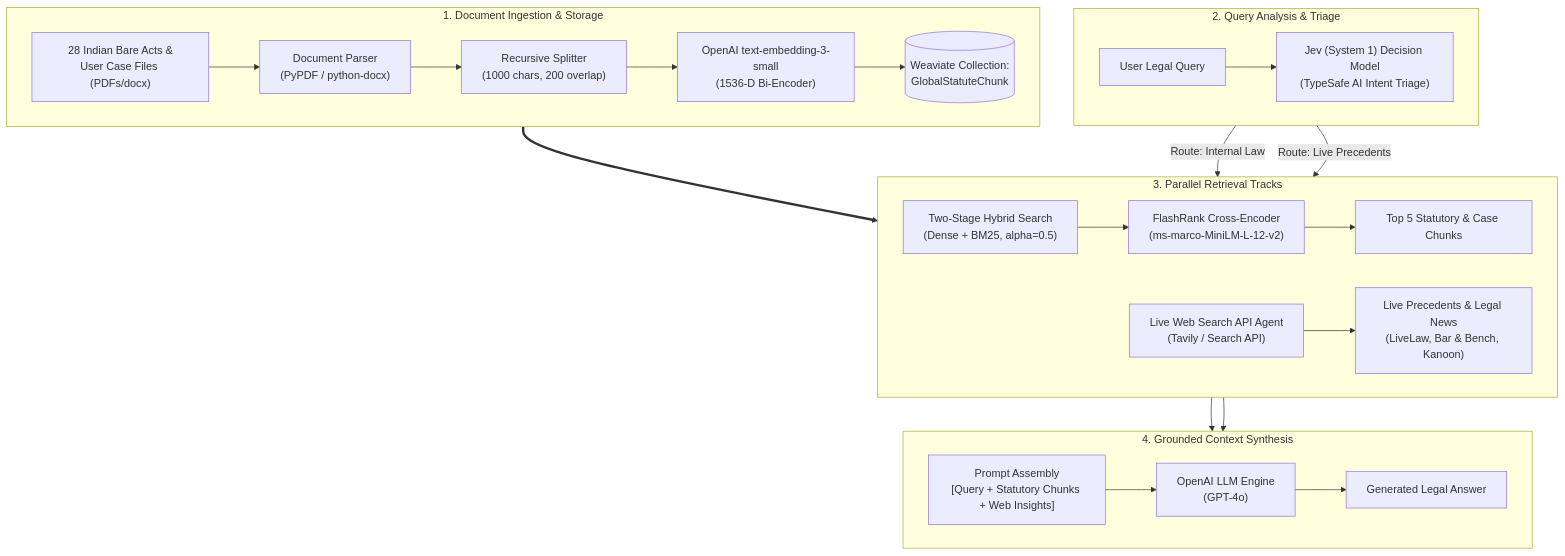
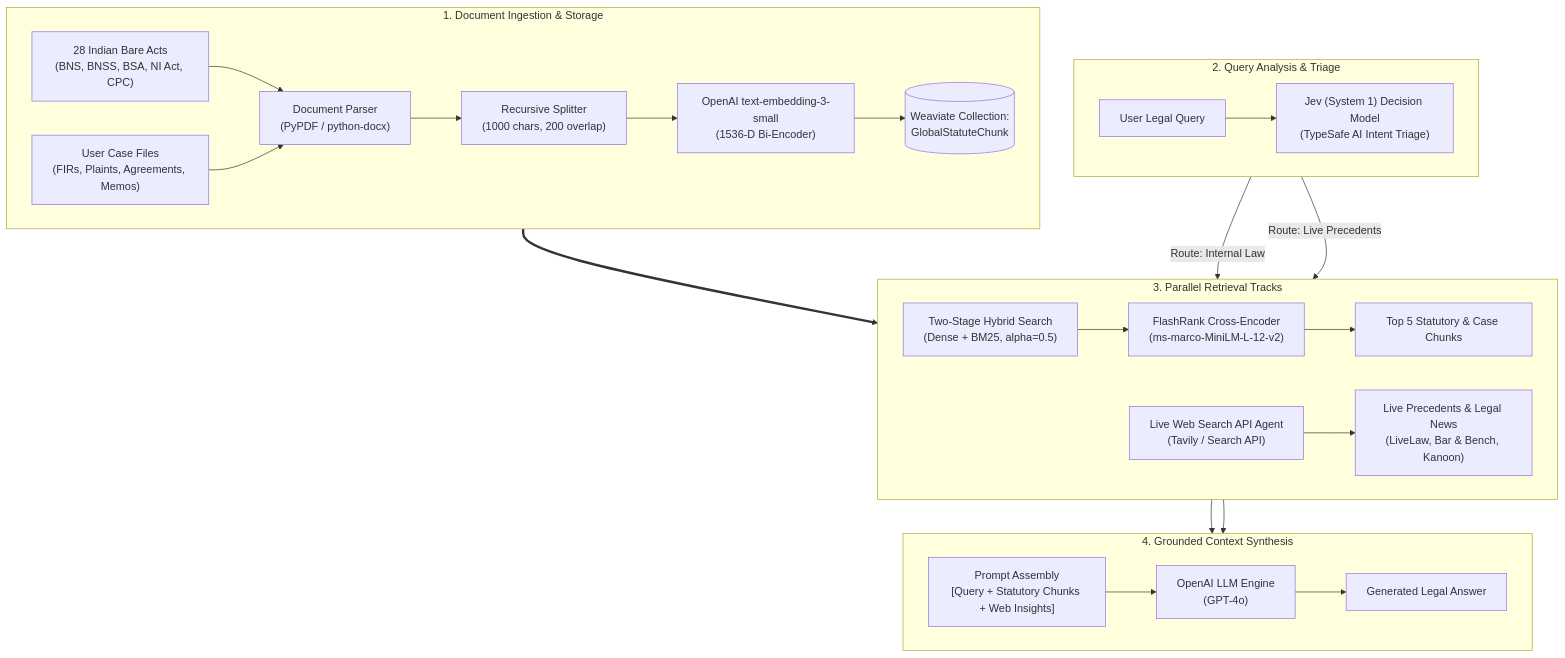
Before and after one commit to JaywardhanYadav/LegalDrishti-AI: the first of 2 diagrams in README.md, drawn with Mermaid.

Commit message:
docs: separate Bare Acts and User Case Files into distinct top input boxes in V1 diagram

````diff
--- a/README.md
+++ b/README.md
@@ -35,29 +35,36 @@
 ```mermaid
 flowchart TD
     subgraph INGEST_V1["1. Document Ingestion & Storage"]
         direction LR
-        DOCS_V1["28 Indian Bare Acts &\nUser Case Files (PDFs/docx)"] --> PARSER_V1["Document Parser\n(PyPDF / python-docx)"] --> CHUNK_V1["Recursive Splitter\n(1000 chars, 200 overlap)"] --> EMBED_V1["OpenAI text-embedding-3-small\n(1536-D Bi-Encoder)"] --> WEAVIATE_V1[("Weaviate Collection:\nGlobalStatuteChunk")]
+        DOC_STATUTES["28 Indian Bare Acts\n(BNS, BNSS, BSA, NI Act, CPC)"]
+        DOC_USER["User Case Files\n(FIRs, Plaints, Agreements, Memos)"]
+
+        DOC_STATUTES --> PARSER_V1["Document Parser\n(PyPDF / python-docx)"]
+        DOC_USER --> PARSER_V1
+        PARSER_V1 --> CHUNK_V1["Recursive Splitter\n(1000 chars, 200 overlap)"]
+        CHUNK_V1 --> EMBED_V1["OpenAI text-embedding-3-small\n(1536-D Bi-Encoder)"]
+        EMBED_V1 --> WEAVIATE_V1[("Weaviate Collection:\nGlobalStatuteChunk")]
     end
 
     subgraph TRIAGE_V1["2. Query Analysis & Triage"]
         direction LR
         QUERY_V1["User Legal Query"] --> JEV_V1["Jev (System 1) Decision Model\n(TypeSafe AI Intent Triage)"]
     end
 
     subgraph RETRIEVE_V1["3. Parallel Retrieval Tracks"]
         direction LR
         HYBRID_V1["Two-Stage Hybrid Search\n(Dense + BM25, alpha=0.5)"] --> RERANK_V1["FlashRank Cross-Encoder\n(ms-marco-MiniLM-L-12-v2)"] --> TOP_INTERNAL["Top 5 Statutory & Case Chunks"]
         AGENT_WEB["Live Web Search API Agent\n(Tavily / Search API)"] --> WEB_RESULTS["Live Precedents & Legal News\n(LiveLaw, Bar & Bench, Kanoon)"]
     end
 
     subgraph SYNTHESIS_V1["4. Grounded Context Synthesis"]
         direction LR
         PROMPT_V1["Prompt Assembly\n[Query + Statutory Chunks + Web Insights]"] --> LLM_V1["OpenAI LLM Engine\n(GPT-4o)"] --> ANS_V1["Generated Legal Answer"]
     end
 
     INGEST_V1 ==> RETRIEVE_V1
     JEV_V1 -->|Route: Internal Law| HYBRID_V1
     JEV_V1 -->|Route: Live Precedents| AGENT_WEB
     TOP_INTERNAL --> PROMPT_V1
     WEB_RESULTS --> PROMPT_V1
 ```
````
